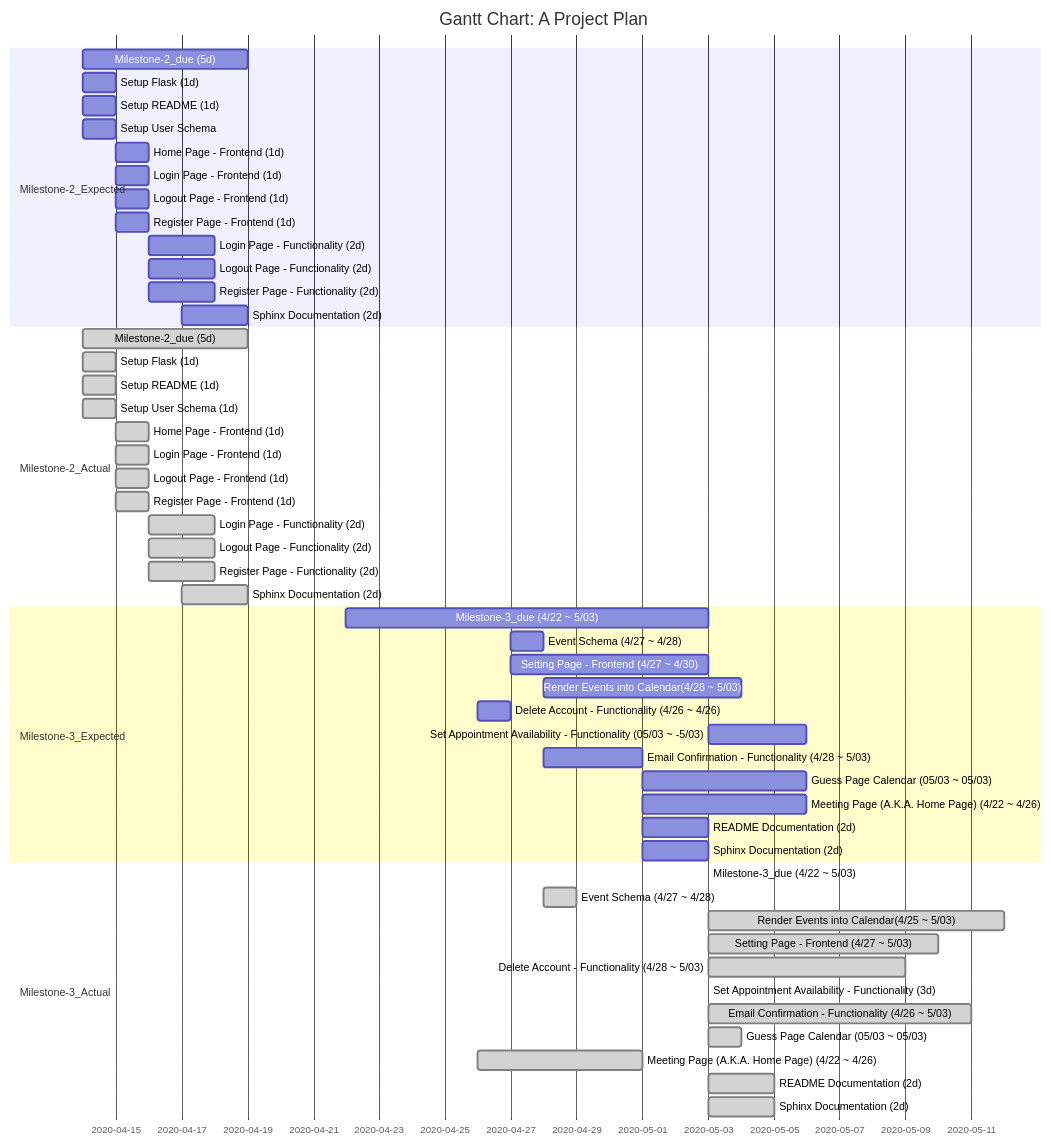
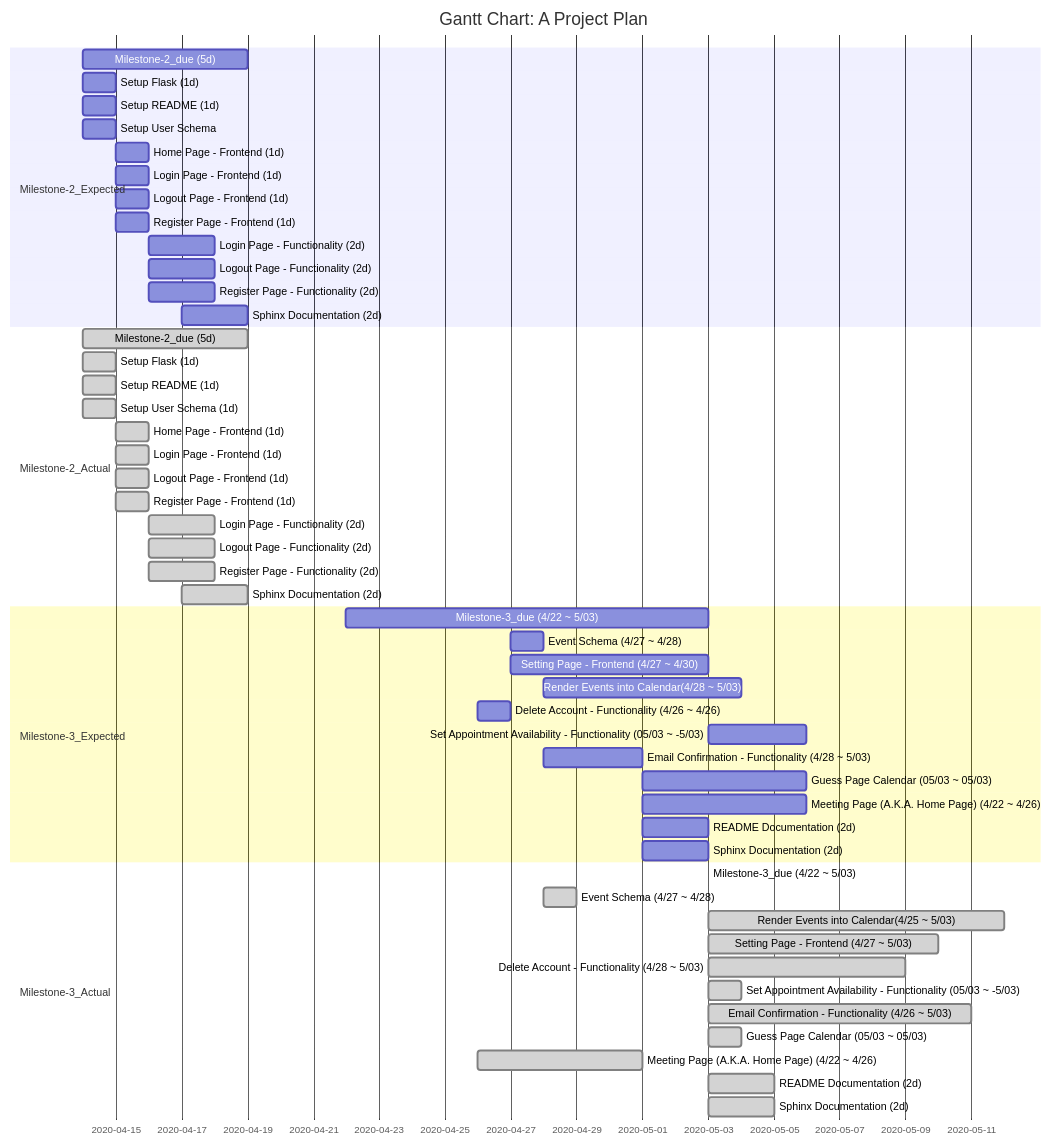
Before and after one commit to ThaiQ/CalendarApp_STAKr: the diagram in docs/gantt-chart/gantt-chart.md, drawn with Mermaid.

Commit message:
updated 2

````diff
--- a/docs/gantt-chart/gantt-chart.md
+++ b/docs/gantt-chart/gantt-chart.md
@@ -1,78 +1,78 @@
 ```mermaid
 gantt
     title Gantt Chart: A Project Plan
 
     dateFormat  YYYY-MM-DD
 
     section Milestone-2_Expected
     Milestone-2_due (5d)                : m1, 2020-04-14, 5d
     Setup Flask (1d)                    : setup, 2020-04-14, 1d
     Setup README (1d)                   : 2020-04-14, 1d
 
     Setup User Schema : 2020-04-14, 1d
     Home Page - Frontend (1d)           : home, after setup, 1d
     Login Page - Frontend (1d)          : log, after setup, 1d
     Logout Page - Frontend (1d)         : log, after setup, 1d
     Register Page - Frontend (1d)       : register, after setup, 1d
 
     Login Page - Functionality (2d)     : after log, 2d
     Logout Page - Functionality (2d)    : after log, 2d
     Register Page - Functionality (2d)  : after register, 2d
 
     Sphinx Documentation (2d)           : 2020-04-17, 2d
 
 
 
     section Milestone-2_Actual
     Milestone-2_due (5d)                : done, 2020-04-14, 5d
     Setup Flask (1d)                    : done, setup, 2020-04-14, 1d
     Setup README (1d)                   : done, 2020-04-14, 1d
 
     Setup User Schema (1d)              : done, 2020-04-14, 1d
     Home Page - Frontend (1d)           : done, home, after setup, 1d
     Login Page - Frontend (1d)          : done, log, after setup, 1d
     Logout Page - Frontend (1d)         : done, log, after setup, 1d
     Register Page - Frontend (1d)       : done, register, after setup, 1d
 
     Login Page - Functionality (2d)     : done, after log, 2d
     Logout Page - Functionality (2d)    : done, after log, 2d
     Register Page - Functionality (2d)  : done, after register, 2d
 
     Sphinx Documentation (2d)           : done, 2020-04-17, 2d
 
 
 
     section Milestone-3_Expected
     Milestone-3_due (4/22 ~ 5/03)                                      : stage1, 2020-04-22, 11d
     Event Schema (4/27 ~ 4/28)                                         : stage1, 2020-04-27, 1d
     Setting Page - Frontend (4/27 ~ 4/30)                              : stage1, 2020-04-27, 6d
     Render Events into Calendar(4/28 ~ 5/03)                           : stage1, 2020-04-28, 6d
 
     Delete Account - Functionality (4/26 ~ 4/26)                       : stage2, 2020-04-26, 1d
     Set Appointment Availability - Functionality (05/03 ~ -5/03)       : stage2, 2020-05-03, 3d
     Email Confirmation - Functionality (4/28 ~ 5/03)                   : stage2, 2020-04-28, 3d
 
     Guess Page Calendar (05/03 ~ 05/03)                                : after stage2, 5d
     Meeting Page (A.K.A. Home Page) (4/22 ~ 4/26)                      : after stage2, 5d
 
     README Documentation (2d)                                          : 2020-05-01, 2d
     Sphinx Documentation (2d)                                          : 2020-05-01, 2d
 
 
 
     section Milestone-3_Actual
     Milestone-3_due (4/22 ~ 5/03)                                       : done, 2020-05-03
     Event Schema (4/27 ~ 4/28)                                          : done, 2020-04-28, 1d
     Render Events into Calendar(4/25 ~ 5/03)                            : done, 2020-05-03, 9d
     Setting Page - Frontend (4/27 ~ 5/03)                               : done, 2020-05-03, 7d
 
     Delete Account - Functionality (4/28 ~ 5/03)                        : done, 2020-05-03, 6d
-    Set Appointment Availability - Functionality (3d)                   : done, 2020-05-03, 
+    Set Appointment Availability - Functionality (05/03 ~ -5/03)        : done, 2020-05-03, 1d
     Email Confirmation - Functionality (4/26 ~ 5/03)                    : done, 2020-05-03, 8d
 
     Guess Page Calendar (05/03 ~ 05/03)                                 : done, 2020-05-03, 1d
     Meeting Page (A.K.A. Home Page) (4/22 ~ 4/26)                       : done, 2020-04-26, 5d
 
     README Documentation (2d)                                           : done, 2020-05-03, 2d
     Sphinx Documentation (2d)                                           : done, 2020-05-03, 2d
 ```
````
